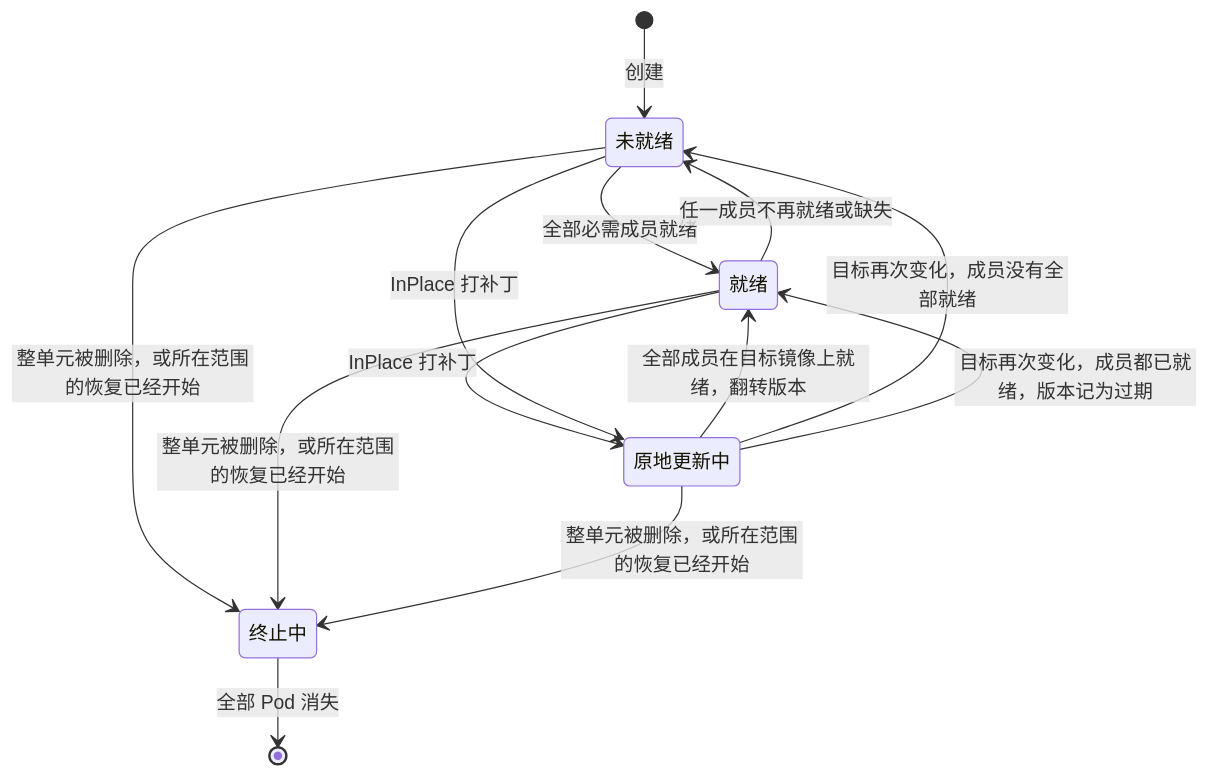
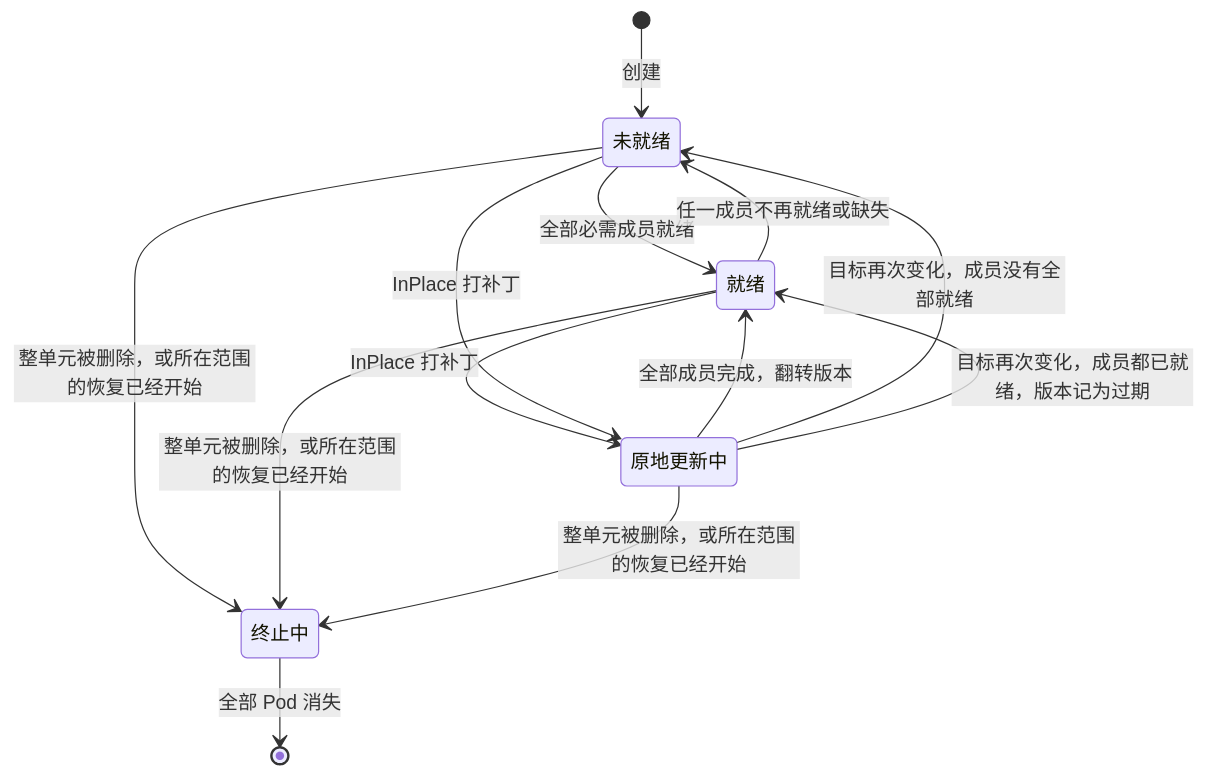
The third of 8 diagrams in docs/proposal/modelserving-rollout-final/04-state-machine.md (VanderChen/kthena), drawn with Mermaid before and after one commit. The commit also changed other lines of this file and 3 other files, not shown here.

````diff
--- a/docs/proposal/modelserving-rollout-final/04-state-machine.md
+++ b/docs/proposal/modelserving-rollout-final/04-state-machine.md
@@ -211,15 +211,15 @@
 ```mermaid
 stateDiagram-v2
     [*] --> 未就绪: 创建
     未就绪 --> 就绪: 全部必需成员就绪
     就绪 --> 未就绪: 任一成员不再就绪或缺失
     就绪 --> 原地更新中: InPlace 打补丁
     未就绪 --> 原地更新中: InPlace 打补丁
-    原地更新中 --> 就绪: 全部成员在目标镜像上就绪，翻转版本
+    原地更新中 --> 就绪: 全部成员完成，翻转版本
     原地更新中 --> 未就绪: 目标再次变化，成员没有全部就绪
     原地更新中 --> 就绪: 目标再次变化，成员都已就绪，版本记为过期
     未就绪 --> 终止中: 整单元被删除，或所在范围的恢复已经开始
     就绪 --> 终止中: 整单元被删除，或所在范围的恢复已经开始
     原地更新中 --> 终止中: 整单元被删除，或所在范围的恢复已经开始
     终止中 --> [*]: 全部 Pod 消失
 ```
````
